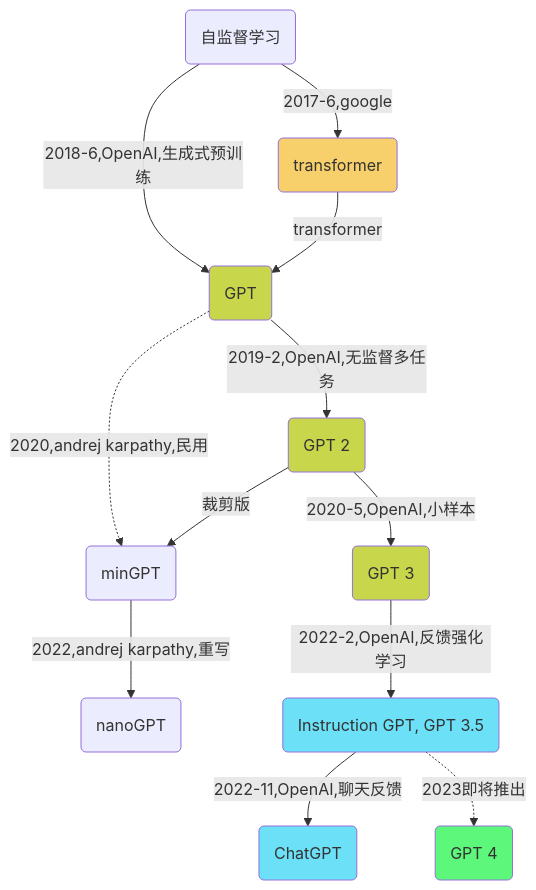
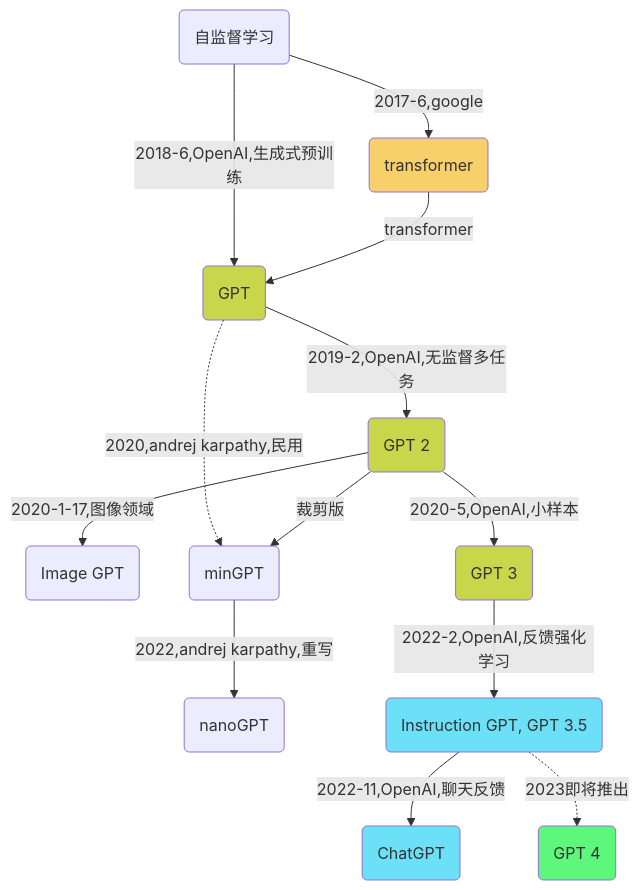
The diagram in _posts/2019-12-14-gpt.md (Gaohaoyang/gaohaoyang.github.io), drawn with Mermaid before and after one commit. The commit also changed other lines of this file, not shown here.

```diff
--- a/_posts/2019-12-14-gpt.md
+++ b/_posts/2019-12-14-gpt.md
@@ -148,21 +186,22 @@
 <div class="mermaid">
     flowchart TD
     %% 节点颜色
     classDef red fill:#f02;
     classDef green fill:#5CF77B;
     classDef blue fill:#6BE0F7;
     classDef orange fill:#F7CF6B;
     classDef grass fill:#C8D64B;
     %%节点关系定义
     O(自监督学习)-->|2017-6,google|A(transformer):::orange
     O-->|2018-6,OpenAI,生成式预训练| B
     A-->|transformer|B(GPT):::grass
     B-->|2019-2,OpenAI,无监督多任务|C(GPT 2):::grass
+    C-->|2020-1-17,图像领域|H(Image GPT)
     B-.->|2020,andrej karpathy,民用|B1(minGPT)
     B1-->|2022,andrej karpathy,重写|B2(nanoGPT)
     C-->|裁剪版|B1
     C-->|2020-5,OpenAI,小样本|D(GPT 3):::grass
     D-->|2022-2,OpenAI,反馈强化学习|E(Instruction GPT, GPT 3.5):::blue
     E-->|2022-11,OpenAI,聊天反馈|F(ChatGPT):::blue
     E-.->|2023即将推出|G(GPT 4):::green
 </div>
```
